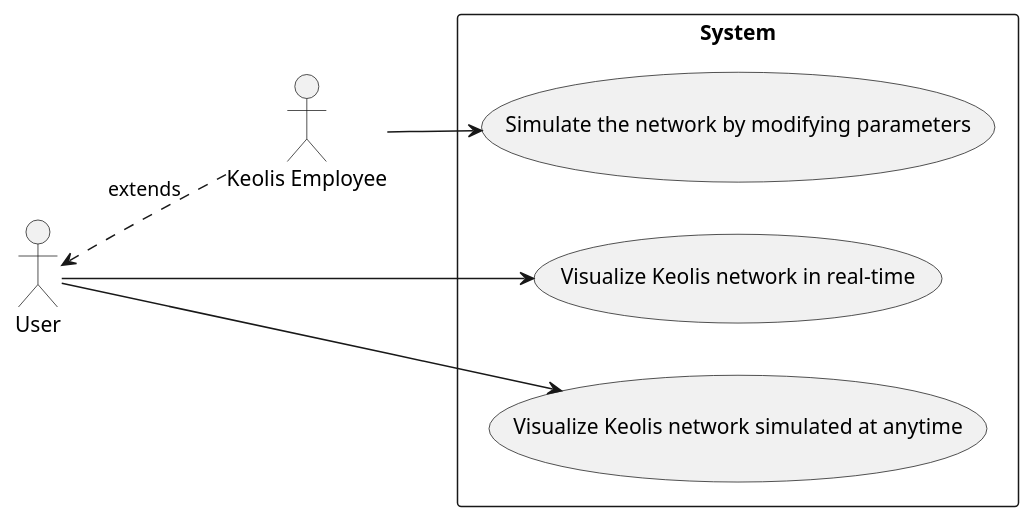
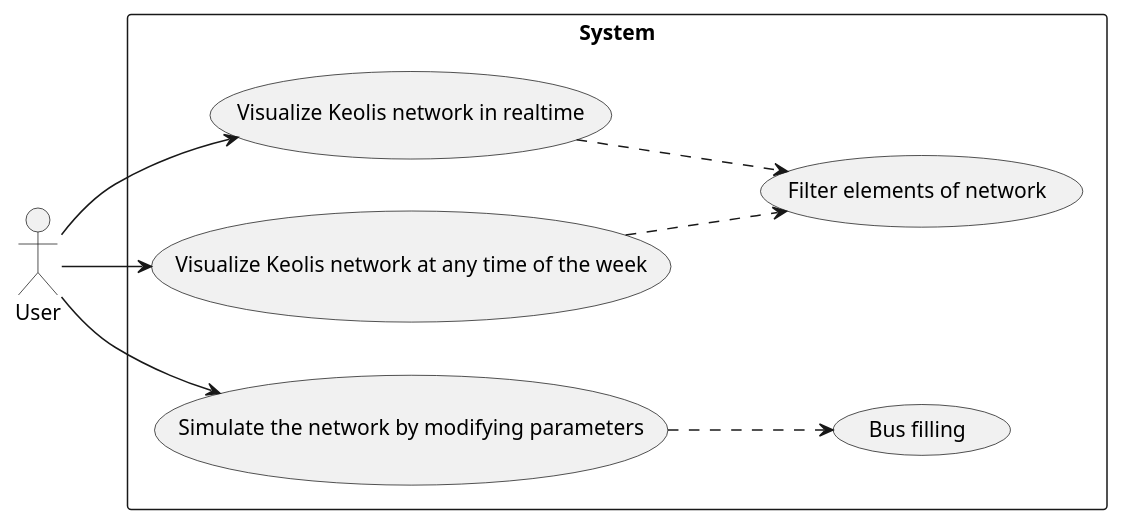
The diagram in sprint0/global/useCase.puml (ESIR2-PROJET-KEOLIS/design), drawn with PlantUML before and after one commit. The commit also changed 1 other file, not shown here.

Commit message:
update UseCase diagram

```diff
--- a/sprint0/global/useCase.puml
+++ b/sprint0/global/useCase.puml
@@ -1,18 +1,21 @@
 @startuml
 
 left to right direction
-actor "Keolis Employee" as keo
 actor "User" as user
 rectangle System {
-  usecase "Visualize Keolis network in real-time" as VTR
-  usecase "Visualize Keolis network simulated at anytime" as VT
-  usecase "Simulate the network by modifying parameters" as S
+    usecase "Visualize Keolis network in realtime" as VisRT
+    usecase "Visualize Keolis network at any time of the week" as VisSt
+    usecase "Simulate the network by modifying parameters" as S
+    usecase "Filter elements of network" as Filter
+    usecase "Bus filling" as BF
 }
 
+user --> VisRT
+VisRT --> Filter #line.dashed;
+user --> VisSt
+VisSt --> Filter #line.dashed;
+user --> S
 
-user <.. keo : extends
-user --> VTR
-user --> VT
-keo --> S
+S --> BF #line.dashed;
 
 @enduml
```
